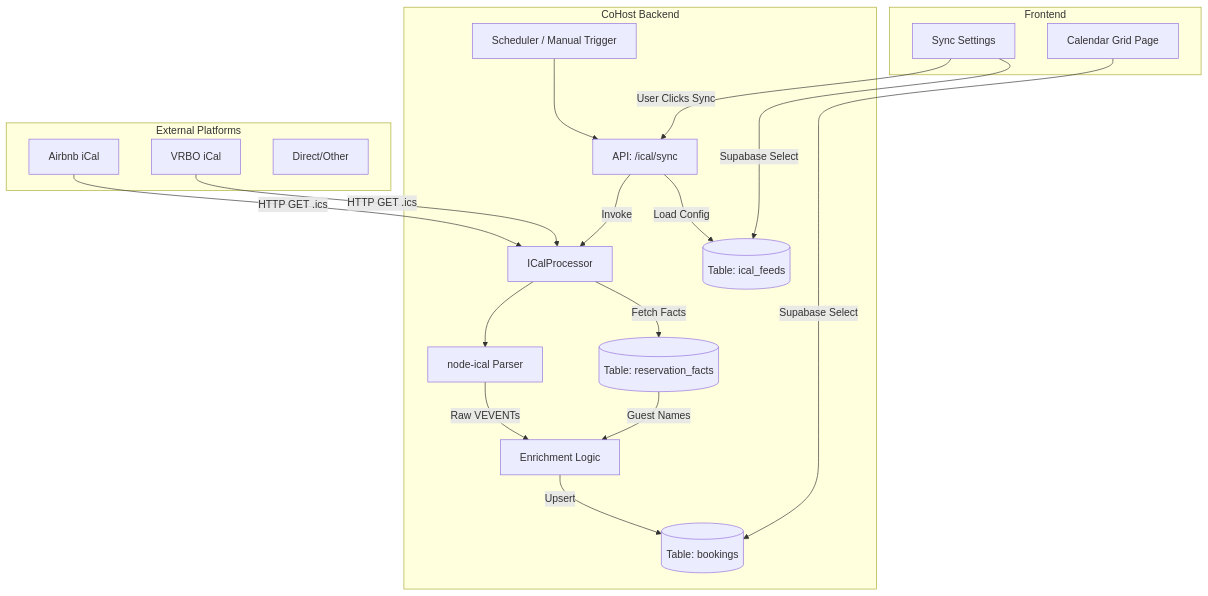
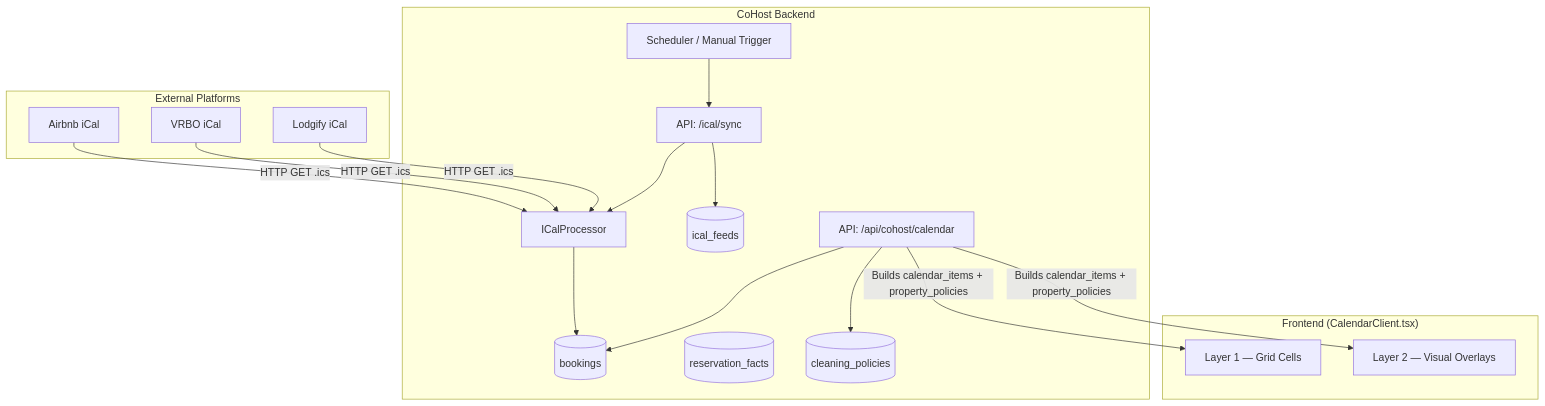
One commit to sidracohostnavi/navi-frontend changed the diagram in docs/calendar/ARCHITECTURE.md. Above: the diagram before and after it, drawn with Mermaid. The commit also changed other lines of this file and 24 other files, not shown here.

Commit message:
feat: implement Phase 4 & 5 - Stripe payment flow, hold cleanup, and iCal export

````diff
--- a/docs/calendar/ARCHITECTURE.md
+++ b/docs/calendar/ARCHITECTURE.md
@@ -6,47 +8,40 @@
 ```mermaid
 graph TD
     subgraph "External Platforms"
         Airbnb[Airbnb iCal]
         VRBO[VRBO iCal]
-        Direct[Direct/Other]
+        Lodgify[Lodgify iCal]
     end
 
     subgraph "CoHost Backend"
         Cron[Scheduler / Manual Trigger]
         APISync[API: /ical/sync]
         Processor[ICalProcessor]
-        
-        DB_Feeds[(Table: ical_feeds)]
-        DB_Bookings[(Table: bookings)]
-        DB_Facts[(Table: reservation_facts)]
-        
-        Parser[node-ical Parser]
-        Enricher[Enrichment Logic]
+
+        DB_Feeds[(ical_feeds)]
+        DB_Bookings[(bookings)]
+        DB_Facts[(reservation_facts)]
+        DB_Policies[(cleaning_policies)]
+
+        CalAPI[API: /api/cohost/calendar]
     end
 
-    subgraph "Frontend"
-        Grid[Calendar Grid Page]
-        Settings[Sync Settings]
+    subgraph "Frontend (CalendarClient.tsx)"
+        Layer1[Layer 1 — Grid Cells]
+        Layer2[Layer 2 — Visual Overlays]
     end
 
-    %% Ingestion Flow
     Airbnb -->|HTTP GET .ics| Processor
     VRBO -->|HTTP GET .ics| Processor
-    
+    Lodgify -->|HTTP GET .ics| Processor
+
     Cron --> APISync
-    Settings -->|User Clicks Sync| APISync
-    APISync -->|Load Config| DB_Feeds
-    APISync -->|Invoke| Processor
-    
-    Processor --> Parser
-    Processor -->|Fetch Facts| DB_Facts
-    
-    Parser -->|Raw VEVENTs| Enricher
-    DB_Facts -->|Guest Names| Enricher
-    
-    Enricher -->|Upsert| DB_Bookings
-    
-    %% Read Flow
-    Grid -->|Supabase Select| DB_Bookings
-    Settings -->|Supabase Select| DB_Feeds
+    APISync --> DB_Feeds
+    APISync --> Processor
+    Processor --> DB_Bookings
+
+    CalAPI --> DB_Bookings
+    CalAPI --> DB_Policies
+    CalAPI -->|Builds calendar_items + property_policies| Layer1
+    CalAPI -->|Builds calendar_items + property_policies| Layer2
 ```
````
